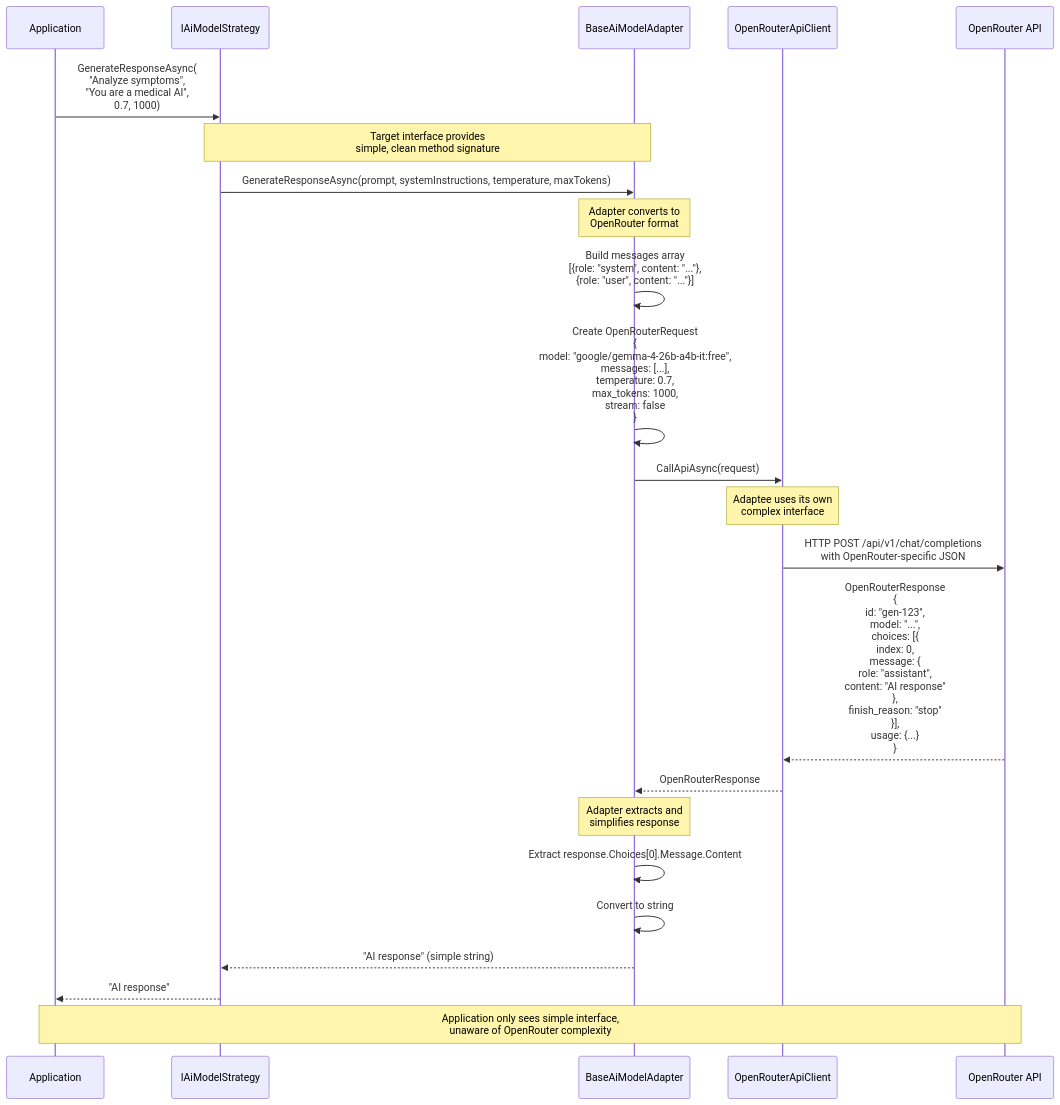
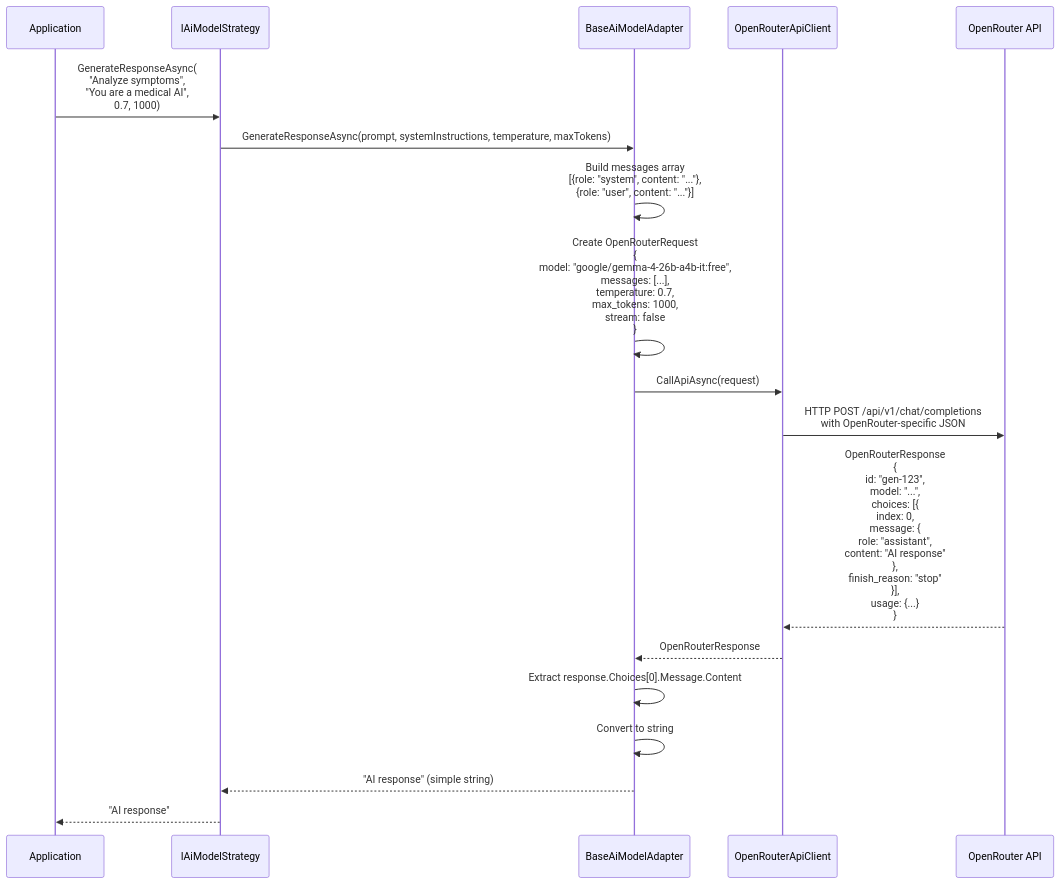
Before and after one commit to WeiXuan-C/ai-clinic: diagram 11 of 12 in DESIGN_PATTERNS_PROFESSIONAL.md, drawn with Mermaid. The commit also changed other lines of this file, not shown here.

````diff
--- a/DESIGN_PATTERNS_PROFESSIONAL.md
+++ b/DESIGN_PATTERNS_PROFESSIONAL.md
@@ -1772,42 +1935,32 @@
 ```mermaid
 sequenceDiagram
     participant App as Application
     participant Target as IAiModelStrategy
     participant Adapter as BaseAiModelAdapter
     participant Adaptee as OpenRouterApiClient
     participant API as OpenRouter API
     
     App->>Target: GenerateResponseAsync(<br/>"Analyze symptoms",<br/>"You are a medical AI",<br/>0.7, 1000)
     
-    Note over Target,Adapter: Target interface provides<br/>simple, clean method signature
-    
     Target->>Adapter: GenerateResponseAsync(prompt, systemInstructions, temperature, maxTokens)
-    
-    Note over Adapter: Adapter converts to<br/>OpenRouter format
     
     Adapter->>Adapter: Build messages array<br/>[{role: "system", content: "..."},<br/>{role: "user", content: "..."}]
     
     Adapter->>Adapter: Create OpenRouterRequest<br/>{<br/>  model: "google/gemma-4-26b-a4b-it:free",<br/>  messages: [...],<br/>  temperature: 0.7,<br/>  max_tokens: 1000,<br/>  stream: false<br/>}
     
     Adapter->>Adaptee: CallApiAsync(request)
     
-    Note over Adaptee: Adaptee uses its own<br/>complex interface
-    
     Adaptee->>API: HTTP POST /api/v1/chat/completions<br/>with OpenRouter-specific JSON
     
     API-->>Adaptee: OpenRouterResponse<br/>{<br/>  id: "gen-123",<br/>  model: "...",<br/>  choices: [{<br/>    index: 0,<br/>    message: {<br/>      role: "assistant",<br/>      content: "AI response"<br/>    },<br/>    finish_reason: "stop"<br/>  }],<br/>  usage: {...}<br/>}
     
     Adaptee-->>Adapter: OpenRouterResponse
-    
-    Note over Adapter: Adapter extracts and<br/>simplifies response
     
     Adapter->>Adapter: Extract response.Choices[0].Message.Content
     
     Adapter->>Adapter: Convert to string
     
     Adapter-->>Target: "AI response" (simple string)
     
     Target-->>App: "AI response"
-    
-    Note over App,API: Application only sees simple interface,<br/>unaware of OpenRouter complexity
 ```
````
